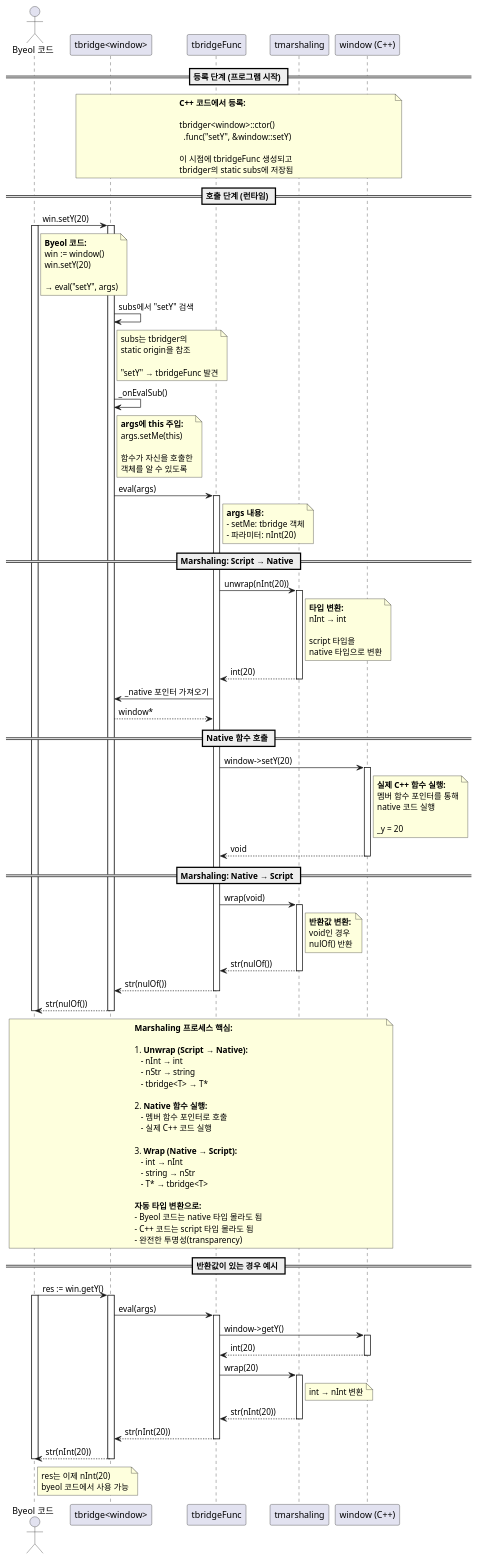
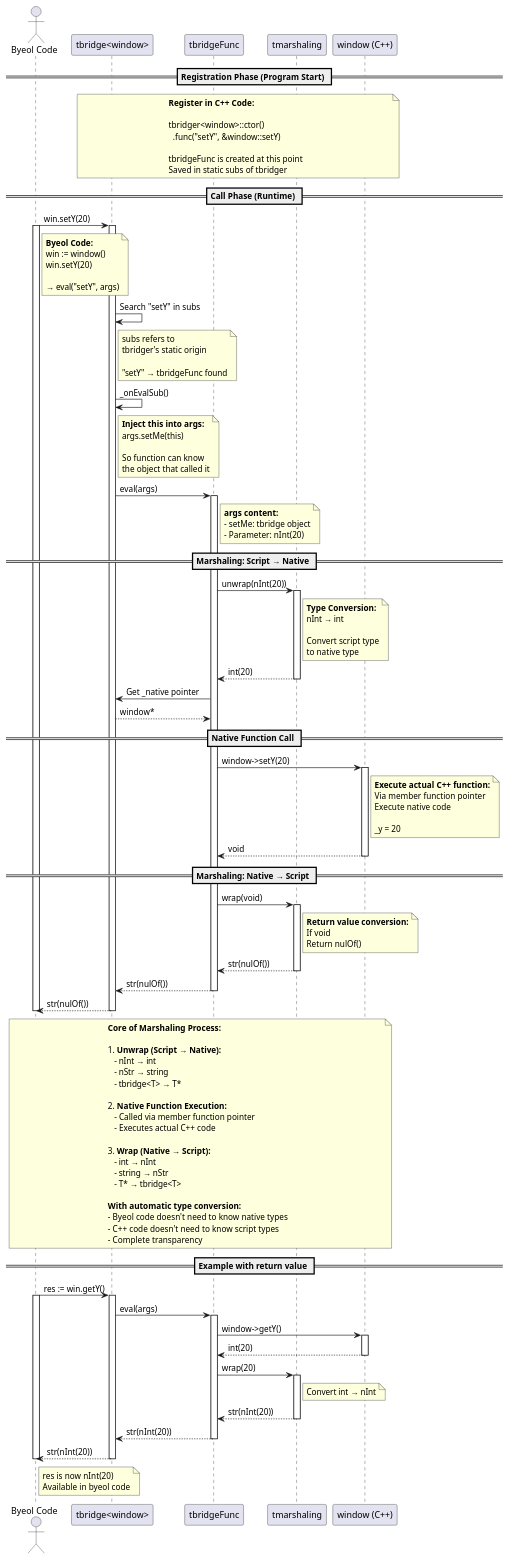
The tenth of 19 diagrams in doc/ref/ko/ai-architecture-core.md (byeolang/byeol), drawn with PlantUML before and after one commit. The commit also changed other lines of this file, not shown here.

Commit message:
doc(core): translate english in plantuml to korean

```diff
--- a/doc/ref/ko/ai-architecture-core.md
+++ b/doc/ref/ko/ai-architecture-core.md
@@ -2180,60 +2180,61 @@
 @startuml
-actor "Byeol 코드" as byeol
+
+actor "Byeol Code" as byeol
 participant "tbridge<window>" as tbridge
 participant "tbridgeFunc" as tbridgeFunc
 participant "tmarshaling" as tmarshaling
 participant "window (C++)" as window
 
-== 등록 단계 (프로그램 시작) ==
+== Registration Phase (Program Start) ==
 
 note over tbridge, window
-  <b>C++ 코드에서 등록:</b>
+  <b>Register in C++ Code:</b>
 
   tbridger<window>::ctor()
     .func("setY", &window::setY)
 
-  이 시점에 tbridgeFunc 생성되고
-  tbridger의 static subs에 저장됨
+  tbridgeFunc is created at this point
+  Saved in static subs of tbridger
 end note
 
-== 호출 단계 (런타임) ==
+== Call Phase (Runtime) ==
 
 byeol -> tbridge : win.setY(20)
 activate byeol
 activate tbridge
 
 note right of byeol
-  <b>Byeol 코드:</b>
+  <b>Byeol Code:</b>
   win := window()
   win.setY(20)
 
   → eval("setY", args)
 end note
 
-tbridge -> tbridge : subs에서 "setY" 검색
+tbridge -> tbridge : Search "setY" in subs
 note right of tbridge
-  subs는 tbridger의
-  static origin을 참조
+  subs refers to
+  tbridger's static origin
 
-  "setY" → tbridgeFunc 발견
+  "setY" → tbridgeFunc found
 end note
 
 tbridge -> tbridge : _onEvalSub()
 note right of tbridge
-  <b>args에 this 주입:</b>
+  <b>Inject this into args:</b>
   args.setMe(this)
 
-  함수가 자신을 호출한
-  객체를 알 수 있도록
+  So function can know
+  the object that called it
 end note
 
 tbridge -> tbridgeFunc : eval(args)
 activate tbridgeFunc
 
 note right of tbridgeFunc
-  <b>args 내용:</b>
-  - setMe: tbridge 객체
-  - 파라미터: nInt(20)
+  <b>args content:</b>
+  - setMe: tbridge object
+  - Parameter: nInt(20)
 end note
 
 == Marshaling: Script → Native ==
@@ -2242,28 +2243,28 @@
 activate tmarshaling
 
 note right of tmarshaling
-  <b>타입 변환:</b>
+  <b>Type Conversion:</b>
   nInt → int
 
-  script 타입을
-  native 타입으로 변환
+  Convert script type
+  to native type
 end note
 
 tmarshaling --> tbridgeFunc : int(20)
 deactivate tmarshaling
 
-tbridgeFunc -> tbridge : _native 포인터 가져오기
+tbridgeFunc -> tbridge : Get _native pointer
 tbridge --> tbridgeFunc : window*
 
-== Native 함수 호출 ==
+== Native Function Call ==
 
 tbridgeFunc -> window : window->setY(20)
 activate window
 
 note right of window
-  <b>실제 C++ 함수 실행:</b>
-  멤버 함수 포인터를 통해
-  native 코드 실행
+  <b>Execute actual C++ function:</b>
+  Via member function pointer
+  Execute native code
 
   _y = 20
 end note
@@ -2277,9 +2278,9 @@
 activate tmarshaling
 
 note right of tmarshaling
-  <b>반환값 변환:</b>
-  void인 경우
-  nulOf() 반환
+  <b>Return value conversion:</b>
+  If void
+  Return nulOf()
 end note
 
 tmarshaling --> tbridgeFunc : str(nulOf())
@@ -2293,29 +2294,29 @@
 deactivate byeol
 
 note over byeol, window
-  <b>Marshaling 프로세스 핵심:</b>
+  <b>Core of Marshaling Process:</b>
 
   1. <b>Unwrap (Script → Native):</b>
      - nInt → int
      - nStr → string
      - tbridge<T> → T*
 
-  2. <b>Native 함수 실행:</b>
-     - 멤버 함수 포인터로 호출
-     - 실제 C++ 코드 실행
+  2. <b>Native Function Execution:</b>
+     - Called via member function pointer
+     - Executes actual C++ code
 
   3. <b>Wrap (Native → Script):</b>
      - int → nInt
      - string → nStr
      - T* → tbridge<T>
 
-  <b>자동 타입 변환으로:</b>
-  - Byeol 코드는 native 타입 몰라도 됨
-  - C++ 코드는 script 타입 몰라도 됨
-  - 완전한 투명성(transparency)
+  <b>With automatic type conversion:</b>
+  - Byeol code doesn't need to know native types
+  - C++ code doesn't need to know script types
+  - Complete transparency
 end note
 
-== 반환값이 있는 경우 예시 ==
+== Example with return value ==
 
 byeol -> tbridge : res := win.getY()
 activate byeol
@@ -2334,7 +2335,7 @@
 activate tmarshaling
 
 note right of tmarshaling
-  int → nInt 변환
+  Convert int → nInt
 end note
 
 tmarshaling --> tbridgeFunc : str(nInt(20))
@@ -2347,10 +2348,9 @@
 deactivate tbridge
 
 note right of byeol
-  res는 이제 nInt(20)
-  byeol 코드에서 사용 가능
+  res is now nInt(20)
+  Available in byeol code
 end note
 
 deactivate byeol
-
 @enduml
```
